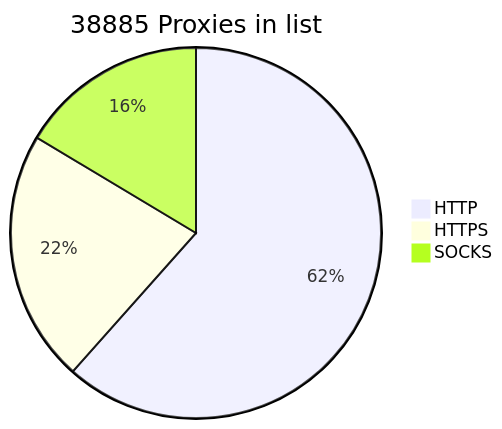
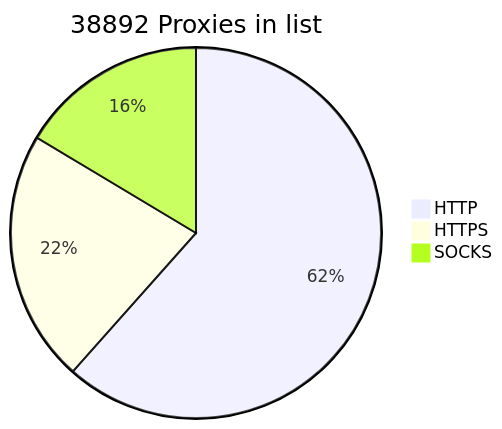
The diagram in README.md (BlackSnowDot/proxylist-update-every-minute), drawn with Mermaid before and after one commit.

````diff
--- a/README.md
+++ b/README.md
@@ -2,6 +2,6 @@
 ```mermaid
-pie title 38885 Proxies in list
-    "HTTP" : 28148
-    "HTTPS": 10064
-    "SOCKS" : 7504
+pie title 38892 Proxies in list
+    "HTTP" : 28150
+    "HTTPS": 10068
+    "SOCKS" : 7505
 ```
````
